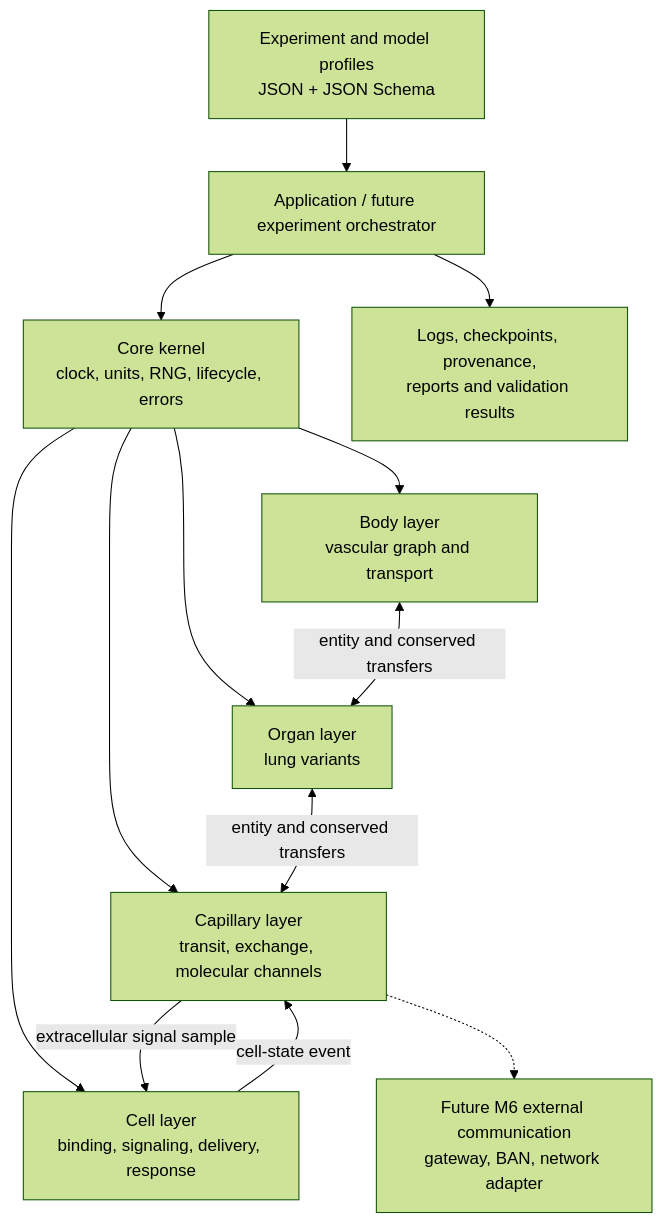
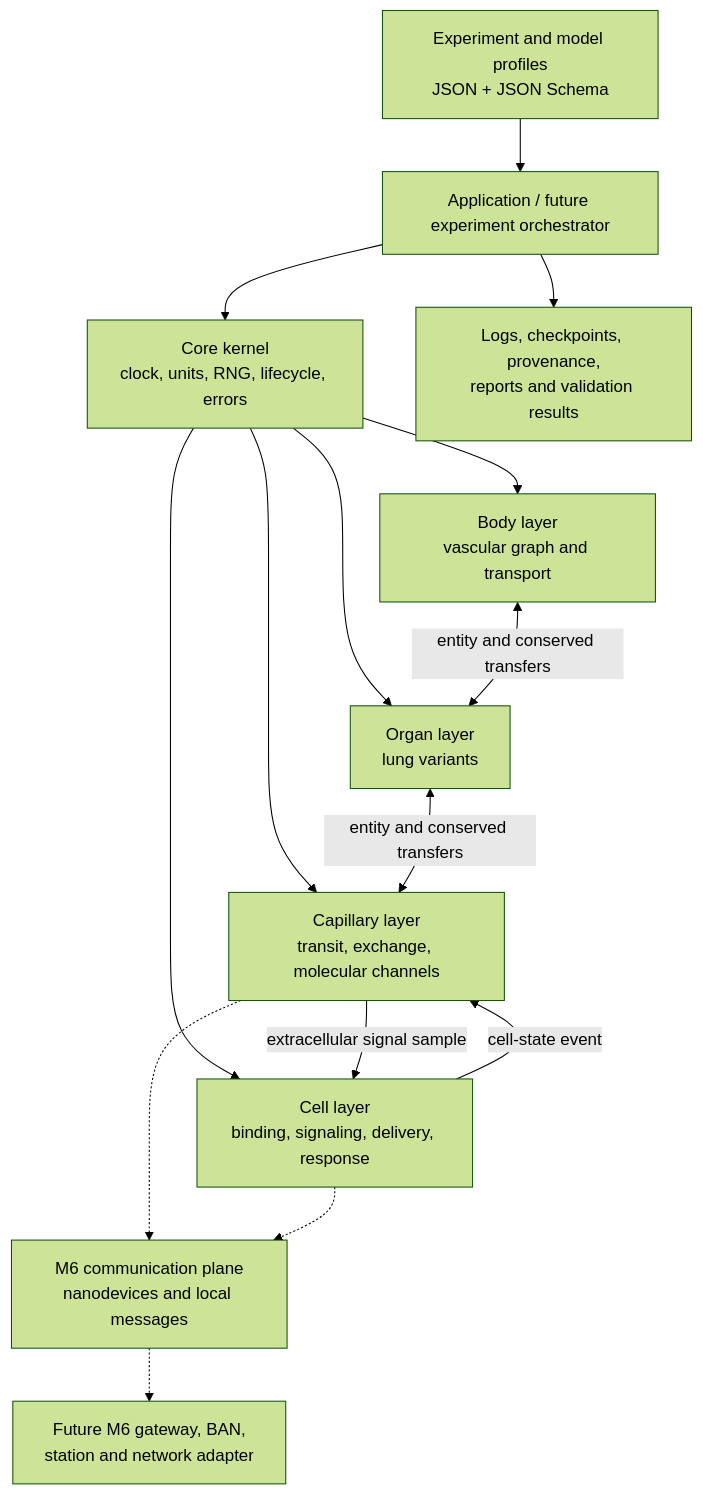
Before and after one commit to RegineWendt/MEHLISSA: the first of 2 diagrams in docs/architecture/SOFTWARE_ARCHITECTURE.md, drawn with Mermaid (forest theme). The commit also changed other lines of this file and 28 other files, not shown here.

````diff
--- a/docs/architecture/SOFTWARE_ARCHITECTURE.md
+++ b/docs/architecture/SOFTWARE_ARCHITECTURE.md
@@ -34,25 +35,28 @@
 ```mermaid
 flowchart TB
     Manifest[Experiment and model profiles<br/>JSON + JSON Schema]
     Runner[Application / future experiment orchestrator]
     Kernel[Core kernel<br/>clock, units, RNG, lifecycle, errors]
     Body[Body layer<br/>vascular graph and transport]
     Organ[Organ layer<br/>lung variants]
     Capillary[Capillary layer<br/>transit, exchange, molecular channels]
     Cell[Cell layer<br/>binding, signaling, delivery, response]
-    External[Future M6 external communication<br/>gateway, BAN, network adapter]
+    IoT[M6 communication plane<br/>nanodevices and local messages]
+    External[Future M6 gateway, BAN,<br/>station and network adapter]
     Evidence[Logs, checkpoints, provenance,<br/>reports and validation results]
 
     Manifest --> Runner
     Runner --> Kernel
     Kernel --> Body
     Kernel --> Organ
     Kernel --> Capillary
     Kernel --> Cell
     Body <-->|entity and conserved transfers| Organ
     Organ <-->|entity and conserved transfers| Capillary
     Capillary -->|extracellular signal sample| Cell
     Cell -->|cell-state event| Capillary
-    Capillary -.-> External
+    Capillary -.-> IoT
+    Cell -.-> IoT
+    IoT -.-> External
     Runner --> Evidence
 ```
````
